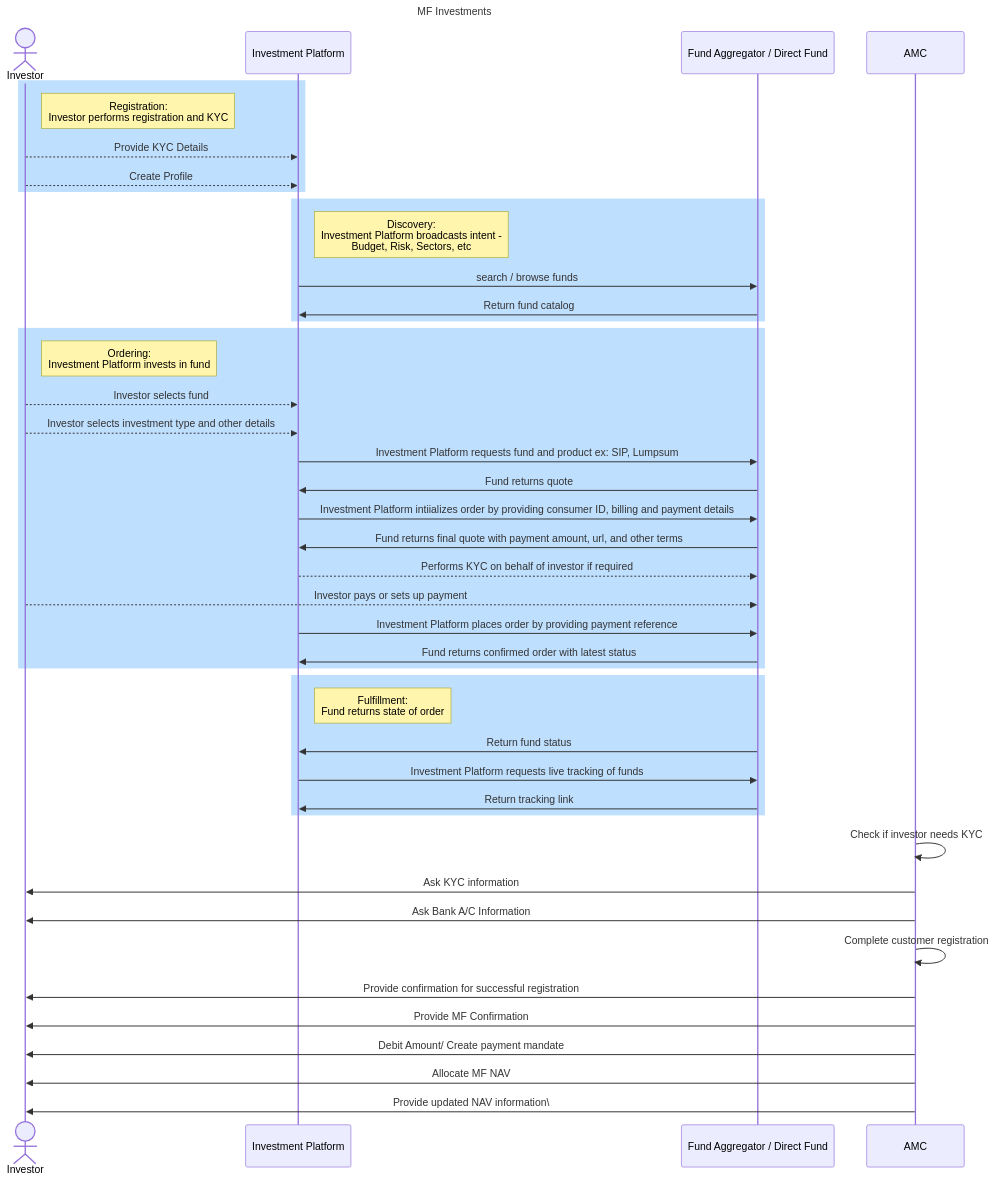
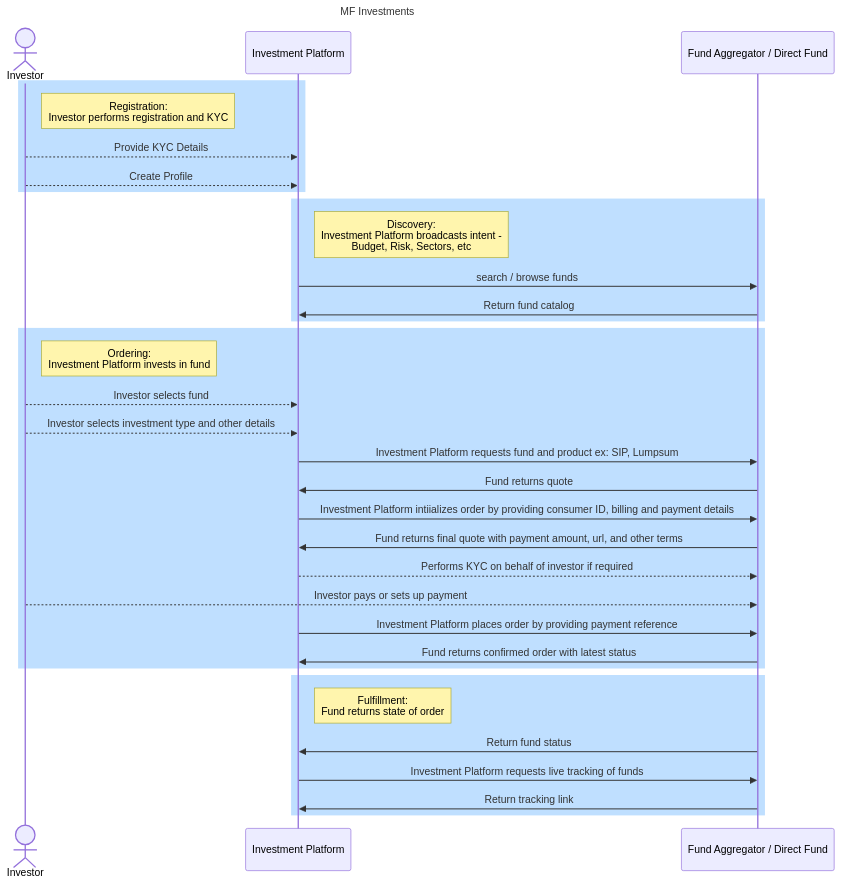
The diagram in docs/example-implementations/Mutual-funds-Workflow.md (beckn/financial-services), drawn with Mermaid before and after one commit. The commit also changed other lines of this file, not shown here.

````diff
--- a/docs/example-implementations/Mutual-funds-Workflow.md
+++ b/docs/example-implementations/Mutual-funds-Workflow.md
@@ -55,45 +55,36 @@
 ```mermaid
 sequenceDiagram
     title MF Investments
     Actor Investor
     Participant Investment Platform
     Participant Fund Aggregator / Direct Fund
     rect rgb(191, 223, 255)
     note right of Investor: Registration: <br/>Investor performs registration and KYC
     Investor -->> Investment Platform : Provide KYC Details
     Investor -->> Investment Platform : Create Profile
     end
     rect rgb(191, 223, 255)
     note right of Investment Platform: Discovery: <br/> Investment Platform broadcasts intent - <br/> Budget, Risk, Sectors, etc
     Investment Platform ->> Fund Aggregator / Direct Fund: search / browse funds
     Fund Aggregator / Direct Fund ->>  Investment Platform : Return fund catalog
     end
     rect rgb(191, 223, 255)
     note right of Investor: Ordering: <br/> Investment Platform invests in fund
     Investor -->> Investment Platform: Investor selects fund
     Investor -->> Investment Platform: Investor selects investment type and other details
     Investment Platform ->> Fund Aggregator / Direct Fund: Investment Platform requests fund and product ex: SIP, Lumpsum
     Fund Aggregator / Direct Fund ->>  Investment Platform : Fund returns quote
     Investment Platform ->> Fund Aggregator / Direct Fund: Investment Platform intiializes order by providing consumer ID, billing and payment details
     Fund Aggregator / Direct Fund ->>  Investment Platform : Fund returns final quote with payment amount, url, and other terms
     Investment Platform -->> Fund Aggregator / Direct Fund: Performs KYC on behalf of investor if required
     Investor -->> Fund Aggregator / Direct Fund: Investor pays or sets up payment
     Investment Platform ->> Fund Aggregator / Direct Fund: Investment Platform places order by providing payment reference
     Fund Aggregator / Direct Fund ->>  Investment Platform : Fund returns confirmed order with latest status
     end
     rect rgb(191, 223, 255)
     note right of Investment Platform: Fulfillment: <br/> Fund returns state of order
     Fund Aggregator / Direct Fund ->>  Investment Platform : Return fund status
     Investment Platform ->> Fund Aggregator / Direct Fund: Investment Platform requests live tracking of funds
     Fund Aggregator / Direct Fund ->>  Investment Platform : Return tracking link
     end
-    AMC ->> AMC: Check if investor needs KYC
-    AMC ->> Investor: Ask KYC information
-    AMC ->> Investor: Ask Bank A/C Information
-    AMC ->> AMC: Complete customer registration
-    AMC ->> Investor: Provide confirmation for successful registration
-    AMC ->> Investor: Provide MF Confirmation
-    AMC ->> Investor: Debit Amount/ Create payment mandate
-    AMC ->> Investor: Allocate MF NAV
-    AMC ->> Investor: Provide updated NAV information\
 ```
````
